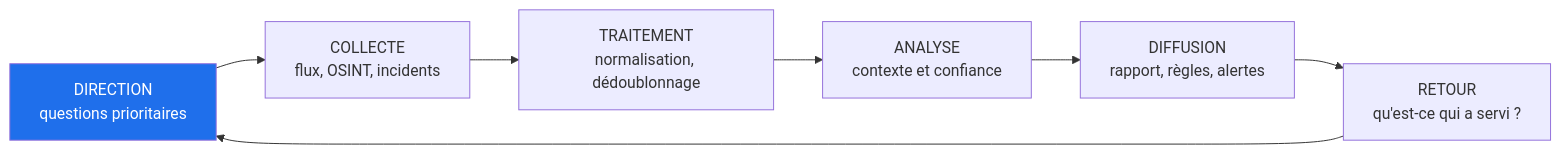
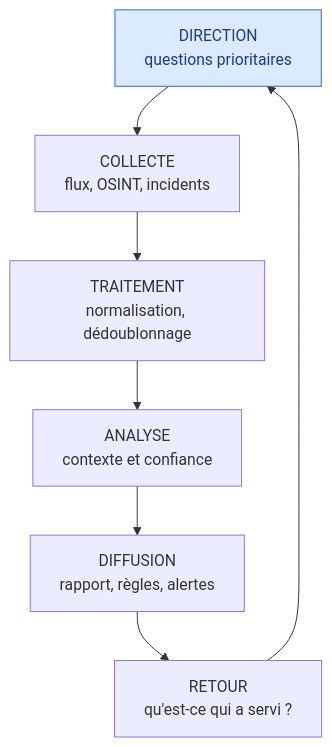
Before and after one commit to Gooseppr/GevOps_LC: the first of 2 diagrams in courses/reseaux-cybersecurite/35_threat_intelligence.md, drawn with Mermaid. The commit also changed other lines of this file and 56 other files, not shown here.

````diff
--- a/courses/reseaux-cybersecurite/35_threat_intelligence.md
+++ b/courses/reseaux-cybersecurite/35_threat_intelligence.md
@@ -76,10 +76,10 @@
 ```mermaid
-flowchart LR
+flowchart TD
   A[DIRECTION<br/>questions prioritaires] --> B[COLLECTE<br/>flux, OSINT, incidents]
   B --> C[TRAITEMENT<br/>normalisation, dédoublonnage]
   C --> D[ANALYSE<br/>contexte et confiance]
   D --> E[DIFFUSION<br/>rapport, règles, alertes]
   E --> F[RETOUR<br/>qu'est-ce qui a servi ?]
   F --> A
-  style A fill:#1f6feb,color:#fff
+  style A fill:#dbeafe,stroke:#2563eb,color:#1e3a8a
 ```
````
